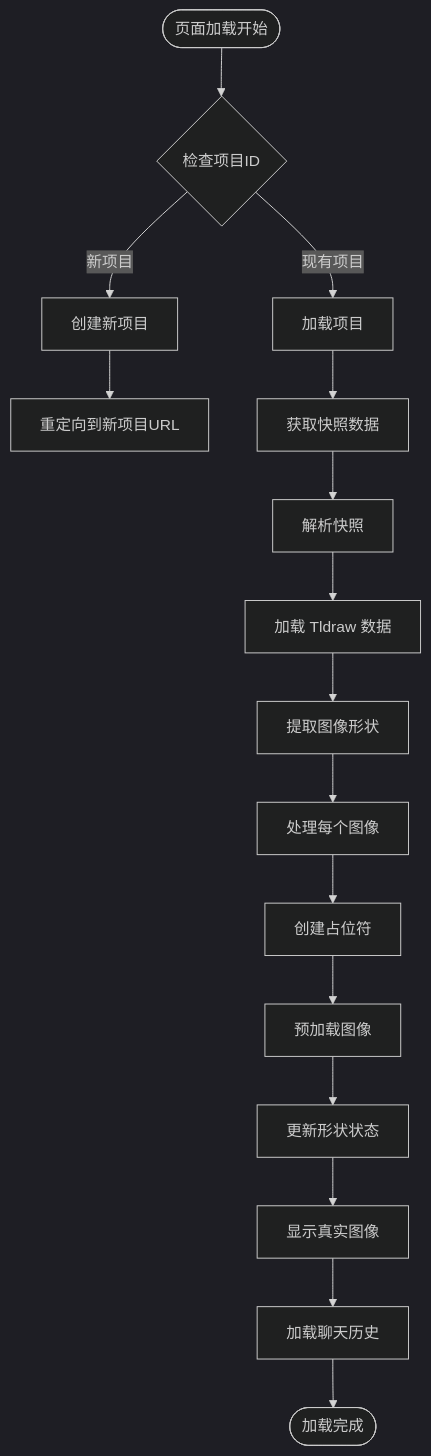
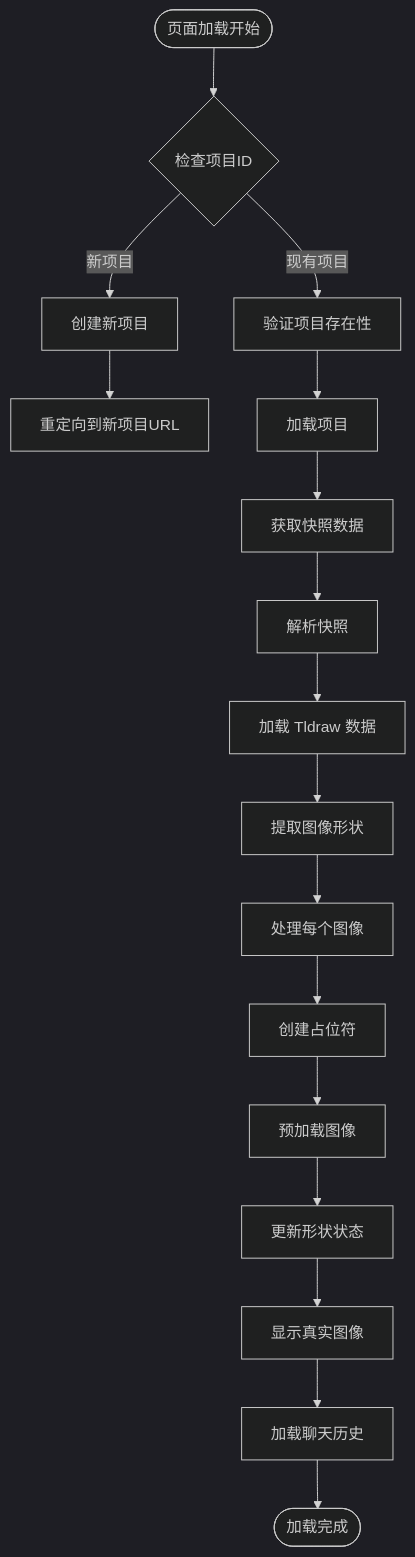
The fourth of 15 diagrams in .qoder/repowiki/zh/content/核心功能模块/画布图像加载机制.md (billye220670/BananaFlow2), drawn with Mermaid (dark theme) before and after one commit. The commit also changed other lines of this file and 17 other files, not shown here.

First line of the commit message:
refactor: shimmer单元素架构重构，统一图片URL为Supabase单一来源

````diff
--- a/.qoder/repowiki/zh/content/核心功能模块/画布图像加载机制.md
+++ b/.qoder/repowiki/zh/content/核心功能模块/画布图像加载机制.md
@@ -176,18 +188,19 @@
 ```mermaid
 flowchart TD
 Start([页面加载开始]) --> CheckProject{检查项目ID}
 CheckProject --> |新项目| CreateProject[创建新项目]
-CheckProject --> |现有项目| LoadProject[加载项目]
+CheckProject --> |现有项目| ValidateProject[验证项目存在性]
 CreateProject --> Redirect[重定向到新项目URL]
+ValidateProject --> LoadProject[加载项目]
 LoadProject --> FetchSnapshot[获取快照数据]
 FetchSnapshot --> ParseSnapshot[解析快照]
 ParseSnapshot --> LoadTldraw[加载 Tldraw 数据]
 LoadTldraw --> ExtractImages[提取图像形状]
 ExtractImages --> ProcessImages[处理每个图像]
 ProcessImages --> CreatePlaceholder[创建占位符]
 CreatePlaceholder --> PreloadImage[预加载图像]
 PreloadImage --> UpdateShape[更新形状状态]
 UpdateShape --> ShowImage[显示真实图像]
 ShowImage --> LoadChat[加载聊天历史]
 LoadChat --> End([加载完成])
 ```
````
